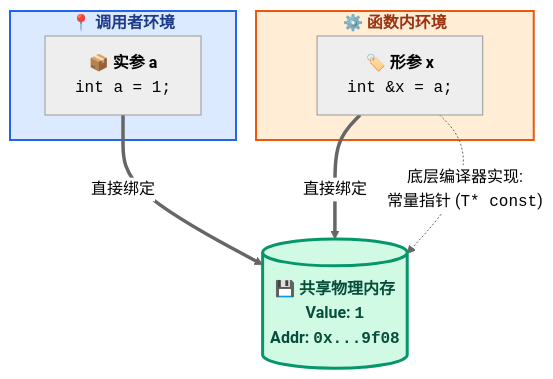
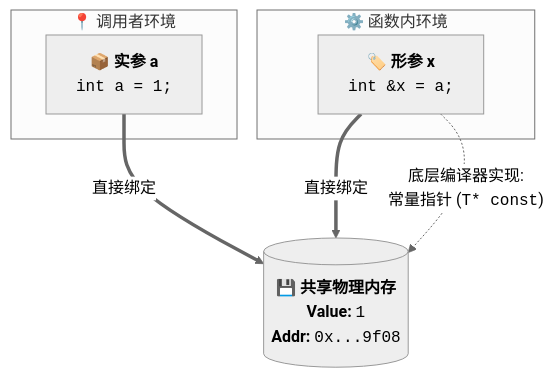
One commit to dmjcb/dmjcb.github.io changed the fourth of 4 diagrams in _posts/c_c++/2024-12-23-function.md. Above: the diagram before and after it, drawn with Mermaid (neutral theme). The commit also changed other lines of this file and 7 other files, not shown here.

````diff
--- a/_posts/c_c++/2024-12-23-function.md
+++ b/_posts/c_c++/2024-12-23-function.md
@@ -288,26 +251,17 @@
 ```mermaid
 flowchart TD
-    %% 样式定义
-    classDef argMain fill:#dbeafe,stroke:#2563eb,stroke-width:2px,color:#1e3a8a,font-weight:bold;
-    classDef paramMain fill:#ffedd5,stroke:#ea580c,stroke-width:2px,color:#9a3412,font-weight:bold;
-    classDef sharedNode fill:#d1fae5,stroke:#059669,stroke-width:3px,color:#064e3b,font-weight:bold;
-
     subgraph ArgEnv ["📍 调用者环境"]
         ArgA["📦 <b>实参 a</b><br/><code>int a = 1;</code>"]
     end
 
     subgraph ParamEnv ["⚙️ 函数内环境"]
         ParamX["🏷️ <b>形参 x</b><br/><code>int &x = a;</code>"]
     end
 
     SharedMem[("💾 <b>共享物理内存</b><br/><b>Value:</b> <code>1</code><br/><b>Addr:</b> <code>0x...9f08</code>")]
 
     ArgA ==>|"直接绑定"| SharedMem
     ParamX ==>|"直接绑定"| SharedMem
     
     ParamX -. "底层编译器实现:<br/>常量指针 (<code>T* const</code>)" .-> SharedMem
-    
-    class ArgEnv argMain;
-    class ParamEnv paramMain;
-    class SharedMem sharedNode;
 ```
````
